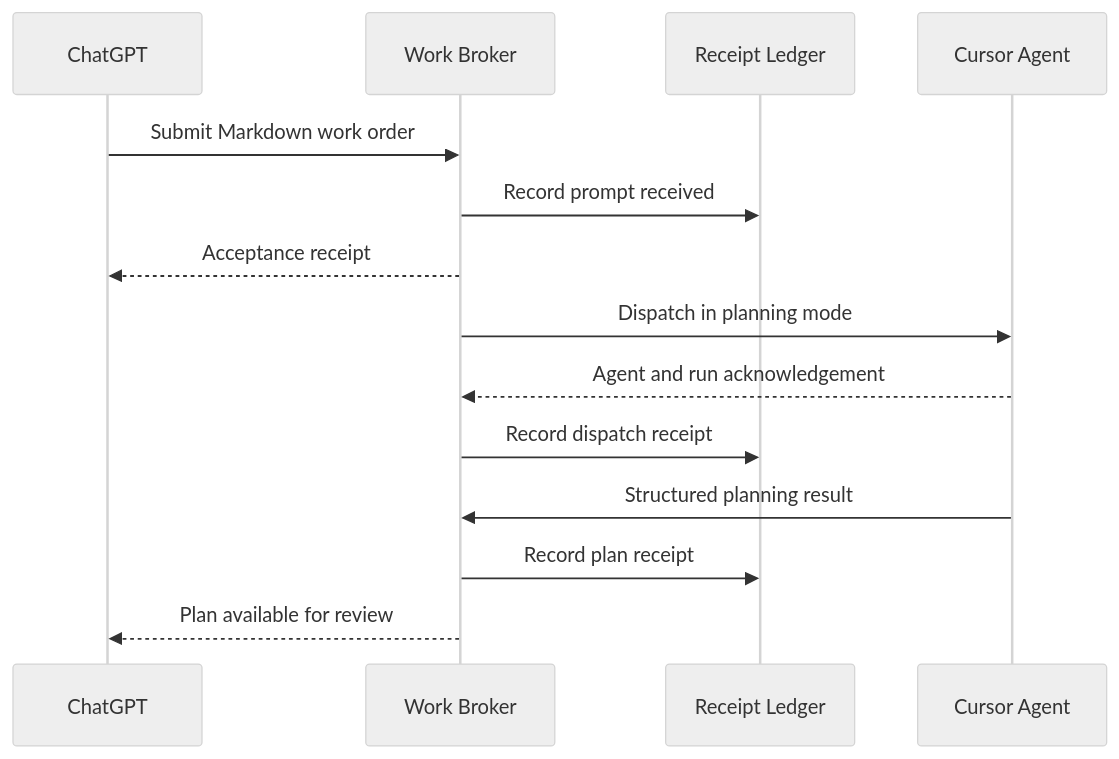
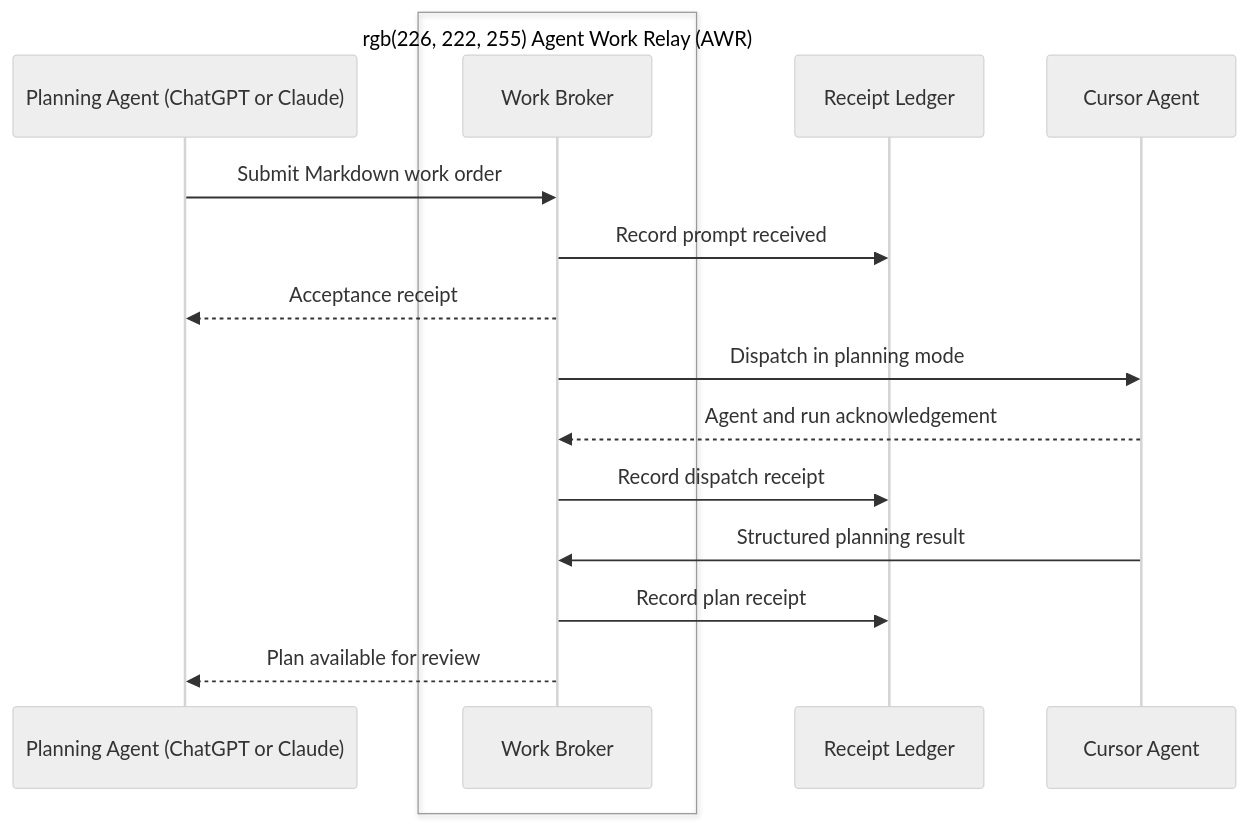
Before and after one commit to datateamsix/agent-work-relay: the diagram in README.md, drawn with Mermaid (neutral theme).

Commit message:
Highlight AWR in relay diagram

````diff
--- a/README.md
+++ b/README.md
@@ -35,17 +35,19 @@
 ```mermaid
 sequenceDiagram
-    participant P as ChatGPT
-    participant B as Work Broker
+    participant P as Planning Agent (ChatGPT or Claude)
+    box rgb(226, 222, 255) Agent Work Relay (AWR)
+        participant B as Work Broker
+    end
     participant L as Receipt Ledger
     participant C as Cursor Agent
 
     P->>B: Submit Markdown work order
     B->>L: Record prompt received
     B-->>P: Acceptance receipt
     B->>C: Dispatch in planning mode
     C-->>B: Agent and run acknowledgement
     B->>L: Record dispatch receipt
     C->>B: Structured planning result
     B->>L: Record plan receipt
     B-->>P: Plan available for review
 ```
````
